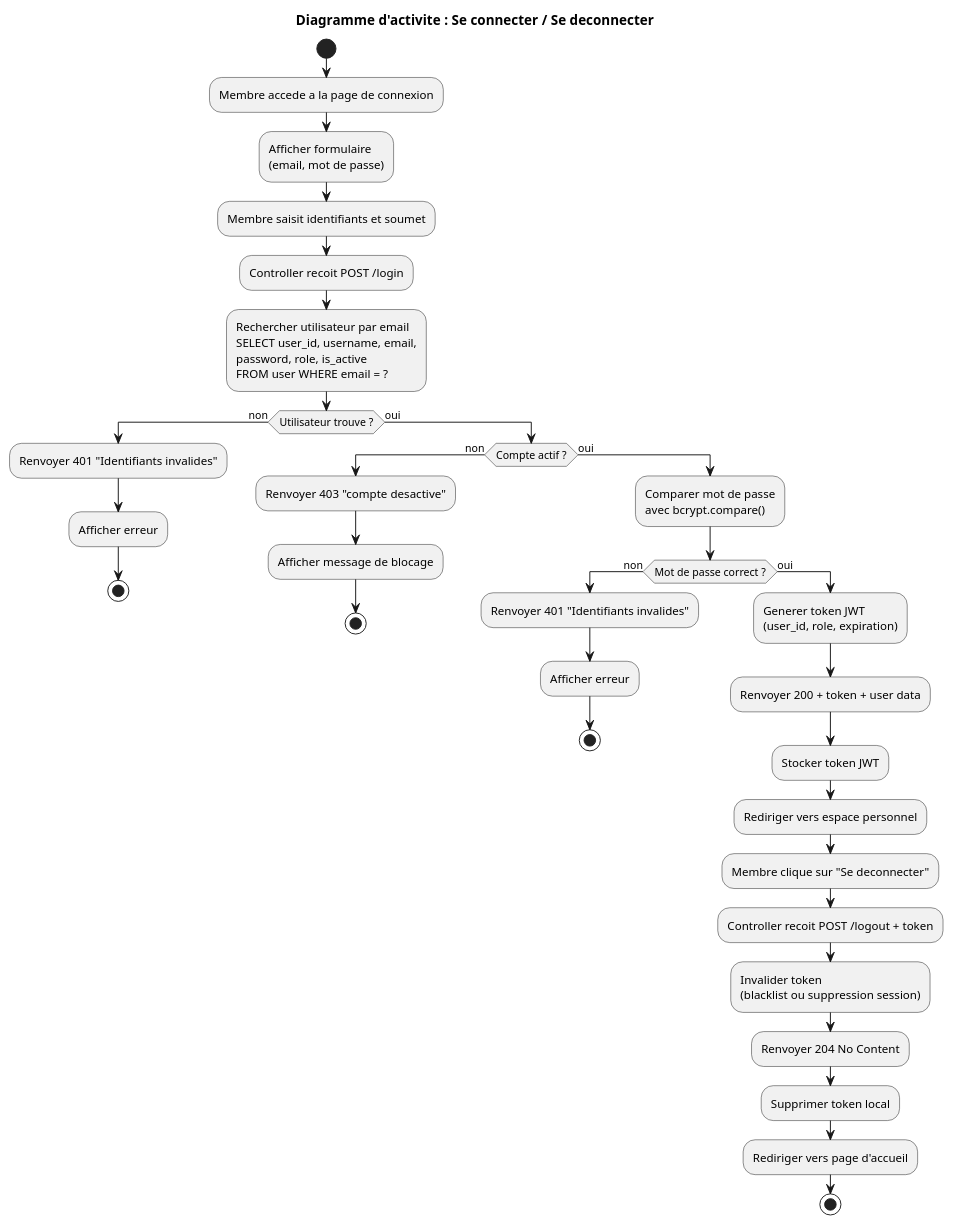
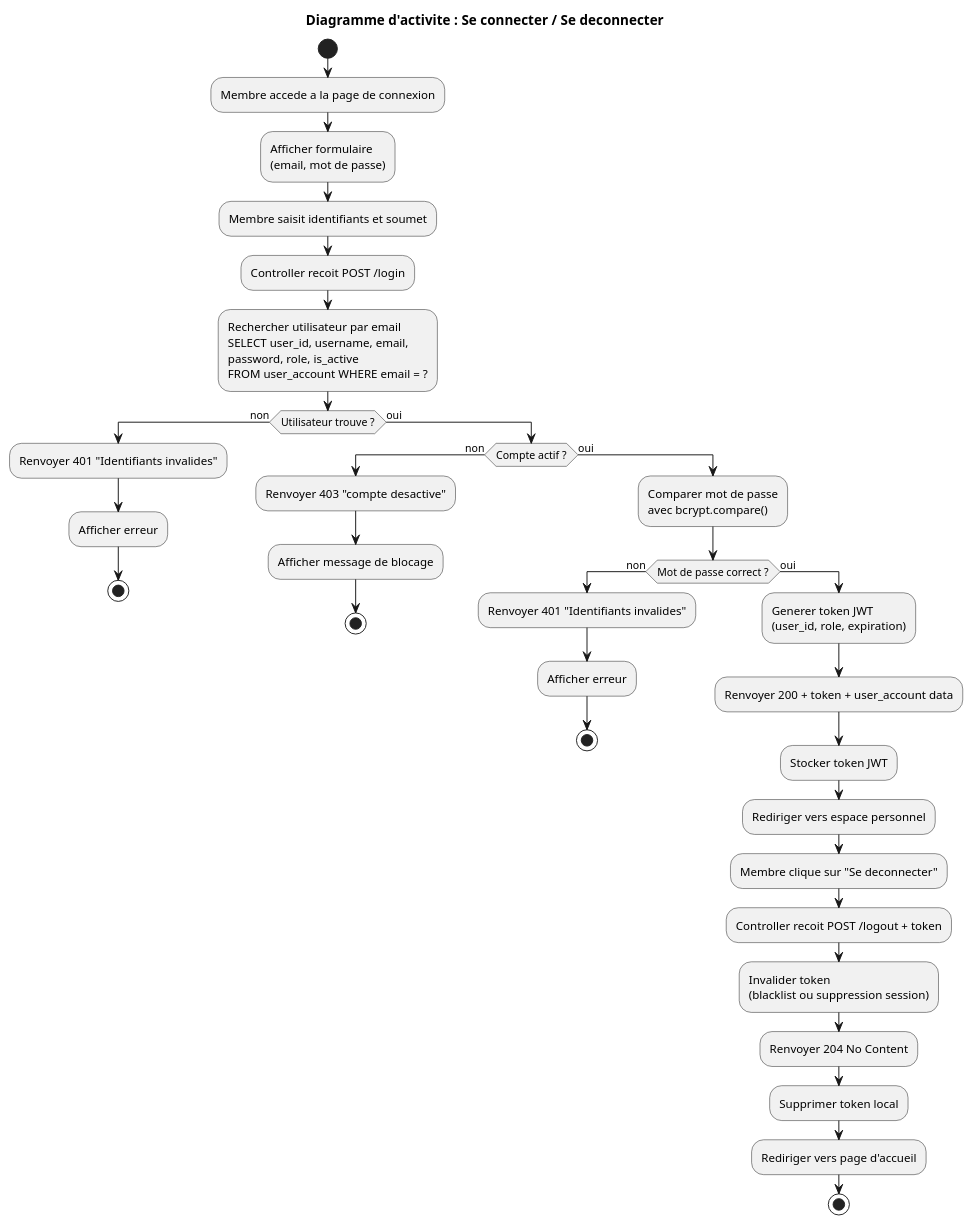
One commit to Zodiarche/MyGameList changed the diagram in uml/activity/login-logout.puml. Above: the diagram before and after it, drawn with PlantUML. The commit also changed 19 other files, not shown here.

Commit message:
fix: user devient user_account

```diff
--- a/uml/activity/login-logout.puml
+++ b/uml/activity/login-logout.puml
@@ -1,56 +1,56 @@
 @startuml Activity_ConnexionDeconnexion
 title Diagramme d'activite : Se connecter / Se deconnecter
 
 start
 
 :Membre accede a la page de connexion;
 
 :Afficher formulaire\n(email, mot de passe);
 
 :Membre saisit identifiants et soumet;
 
 :Controller recoit POST /login;
 
-:Rechercher utilisateur par email\nSELECT user_id, username, email,\npassword, role, is_active\nFROM user WHERE email = ?;
+:Rechercher utilisateur par email\nSELECT user_id, username, email,\npassword, role, is_active\nFROM user_account WHERE email = ?;
 
 if (Utilisateur trouve ?) then (non)
   :Renvoyer 401 "Identifiants invalides";
   :Afficher erreur;
   stop
 else (oui)
   if (Compte actif ?) then (non)
     :Renvoyer 403 "compte desactive";
     :Afficher message de blocage;
     stop
   else (oui)
     :Comparer mot de passe\navec bcrypt.compare();
 
     if (Mot de passe correct ?) then (non)
       :Renvoyer 401 "Identifiants invalides";
       :Afficher erreur;
       stop
     else (oui)
       :Generer token JWT\n(user_id, role, expiration);
 
-      :Renvoyer 200 + token + user data;
+      :Renvoyer 200 + token + user_account data;
 
       :Stocker token JWT;
       :Rediriger vers espace personnel;
 
       :Membre clique sur "Se deconnecter";
 
       :Controller recoit POST /logout + token;
 
       :Invalider token\n(blacklist ou suppression session);
 
       :Renvoyer 204 No Content;
 
       :Supprimer token local;
       :Rediriger vers page d'accueil;
 
       stop
     endif
   endif
 endif
 
 @enduml
```
